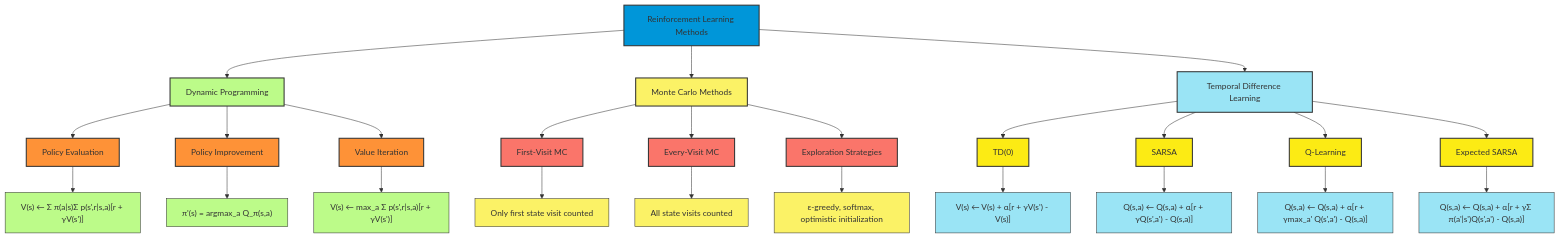
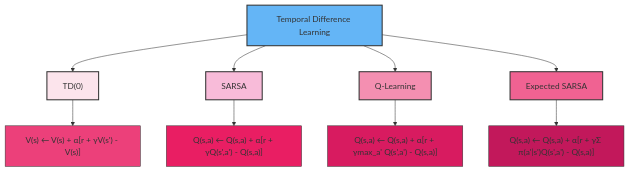
The fifth of 5 diagrams in C_2.md (Chaklader/DPRL-Value-based-methods), drawn with Mermaid before and after one commit. The commit also changed other lines of this file, not shown here.

````diff
--- a/C_2.md
+++ b/C_2.md
@@ -2393,63 +1738,22 @@
 ```mermaid
 graph TD
-    A[Reinforcement Learning Methods] --> B[Dynamic Programming]
-    A --> C[Monte Carlo Methods]
-    A --> D[Temporal Difference Learning]
+    D["Temporal Difference Learning"] --> K["TD(0)"]
+    D --> L["SARSA"]
+    D --> M["Q-Learning"]
+    D --> N["Expected SARSA"]
 
-    B --> B1[Policy Evaluation]
-    B --> B2[Policy Improvement]
-    B --> B3[Value Iteration]
+    K --> U["V(s) ← V(s) + α[r + γV(s') - V(s)]"]
+    L --> V["Q(s,a) ← Q(s,a) + α[r + γQ(s',a') - Q(s,a)]"]
+    M --> W["Q(s,a) ← Q(s,a) + α[r + γmax_a' Q(s',a') - Q(s,a)]"]
+    N --> X["Q(s,a) ← Q(s,a) + α[r + γΣ π(a'|s')Q(s',a') - Q(s,a)]"]
 
-    C --> C1[First-Visit MC]
-    C --> C2[Every-Visit MC]
-    C --> C3[Exploration Strategies]
-
-    D --> D1["TD(0)"]
-    D --> D2[SARSA]
-    D --> D3[Q-Learning]
-    D --> D4[Expected SARSA]
-
-    B1 --> B1a["V(s) ← Σ π(a|s)Σ p(s',r|s,a)[r + γV(s')]"]
-    B2 --> B2a["π'(s) = argmax_a Q_π(s,a)"]
-    B3 --> B3a["V(s) ← max_a Σ p(s',r|s,a)[r + γV(s')]"]
-
-    C1 --> C1a[Only first state visit counted]
-    C2 --> C2a[All state visits counted]
-    C3 --> C3a[ε-greedy, softmax, optimistic initialization]
-
-    D1 --> D1a["V(s) ← V(s) + α[r + γV(s') - V(s)]"]
-    D2 --> D2a["Q(s,a) ← Q(s,a) + α[r + γQ(s',a') - Q(s,a)]"]
-    D3 --> D3a["Q(s,a) ← Q(s,a) + α[r + γmax_a' Q(s',a') - Q(s,a)]"]
-    D4 --> D4a["Q(s,a) ← Q(s,a) + α[r + γΣ π(a'|s')Q(s',a') - Q(s,a)]"]
-
-    style A fill:#0096D9,stroke:#333,stroke-width:2px
-    style B fill:#BCFB89,stroke:#333,stroke-width:2px
-    style C fill:#FBF266,stroke:#333,stroke-width:2px
-    style D fill:#9AE4F5,stroke:#333,stroke-width:2px
-
-    style B1 fill:#FE9237,stroke:#333,stroke-width:2px
-    style B2 fill:#FE9237,stroke:#333,stroke-width:2px
-    style B3 fill:#FE9237,stroke:#333,stroke-width:2px
-
-    style C1 fill:#FA756A,stroke:#333,stroke-width:2px
-    style C2 fill:#FA756A,stroke:#333,stroke-width:2px
-    style C3 fill:#FA756A,stroke:#333,stroke-width:2px
-
-    style D1 fill:#FCEB14,stroke:#333,stroke-width:2px
-    style D2 fill:#FCEB14,stroke:#333,stroke-width:2px
-    style D3 fill:#FCEB14,stroke:#333,stroke-width:2px
-    style D4 fill:#FCEB14,stroke:#333,stroke-width:2px
-
-    style B1a fill:#BCFB89,stroke:#333,stroke-width:1px
-    style B2a fill:#BCFB89,stroke:#333,stroke-width:1px
-    style B3a fill:#BCFB89,stroke:#333,stroke-width:1px
-
-    style C1a fill:#FBF266,stroke:#333,stroke-width:1px
-    style C2a fill:#FBF266,stroke:#333,stroke-width:1px
-    style C3a fill:#FBF266,stroke:#333,stroke-width:1px
-
-    style D1a fill:#9AE4F5,stroke:#333,stroke-width:1px
-    style D2a fill:#9AE4F5,stroke:#333,stroke-width:1px
-    style D3a fill:#9AE4F5,stroke:#333,stroke-width:1px
-    style D4a fill:#9AE4F5,stroke:#333,stroke-width:1px
+    style D fill:#64B5F6,stroke:#333,stroke-width:2px
+    style K fill:#FCE4EC,stroke:#333,stroke-width:2px
+    style L fill:#F8BBD9,stroke:#333,stroke-width:2px
+    style M fill:#F48FB1,stroke:#333,stroke-width:2px
+    style N fill:#F06292,stroke:#333,stroke-width:2px
+    style U fill:#EC407A,stroke:#333,stroke-width:1px
+    style V fill:#E91E63,stroke:#333,stroke-width:1px
+    style W fill:#D81B60,stroke:#333,stroke-width:1px
+    style X fill:#C2185B,stroke:#333,stroke-width:1px
 ```
````
